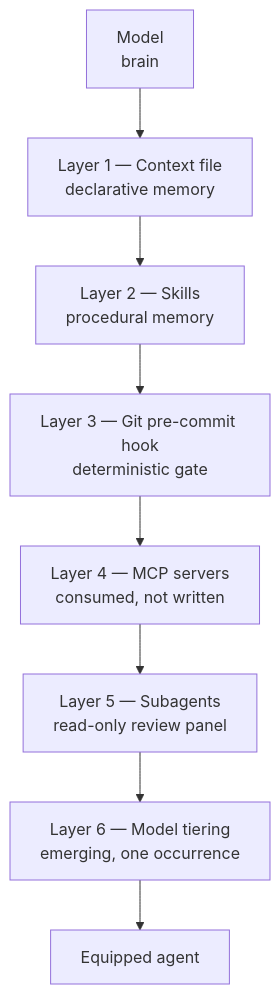
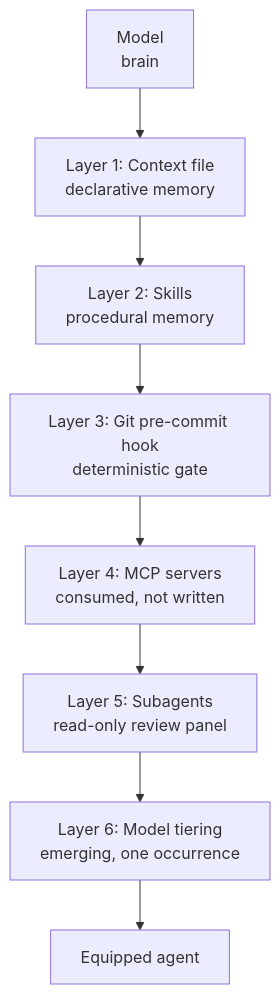
Before and after one commit to gabrielchinarro-pro/mainstay: the first of 3 diagrams in docs/fr/core/03-agent-architecture.md, drawn with Mermaid. The commit also changed other lines of this file and 86 other files, not shown here.

````diff
--- a/docs/fr/core/03-agent-architecture.md
+++ b/docs/fr/core/03-agent-architecture.md
@@ -11,12 +11,12 @@
 ```mermaid
 flowchart TB
     M["Model\nbrain"]
-    L1["Layer 1 — Context file\ndeclarative memory"]
-    L2["Layer 2 — Skills\nprocedural memory"]
-    L3["Layer 3 — Git pre-commit hook\ndeterministic gate"]
-    L4["Layer 4 — MCP servers\nconsumed, not written"]
-    L5["Layer 5 — Subagents\nread-only review panel"]
-    L6["Layer 6 — Model tiering\nemerging, one occurrence"]
+    L1["Layer 1: Context file\ndeclarative memory"]
+    L2["Layer 2: Skills\nprocedural memory"]
+    L3["Layer 3: Git pre-commit hook\ndeterministic gate"]
+    L4["Layer 4: MCP servers\nconsumed, not written"]
+    L5["Layer 5: Subagents\nread-only review panel"]
+    L6["Layer 6: Model tiering\nemerging, one occurrence"]
     M --> L1 --> L2 --> L3 --> L4 --> L5 --> L6
     L6 --> AGENT["Equipped agent"]
 ```
````
